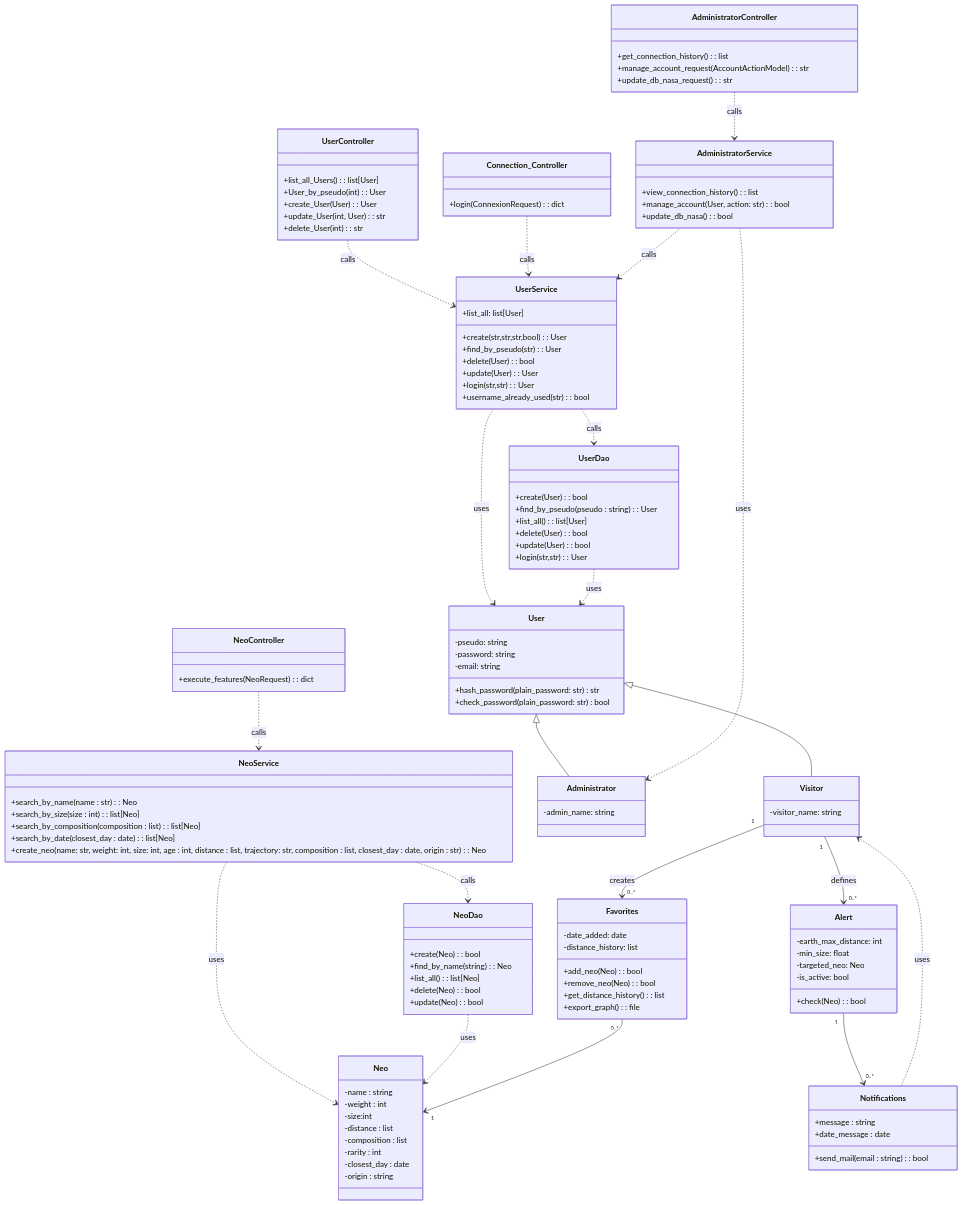
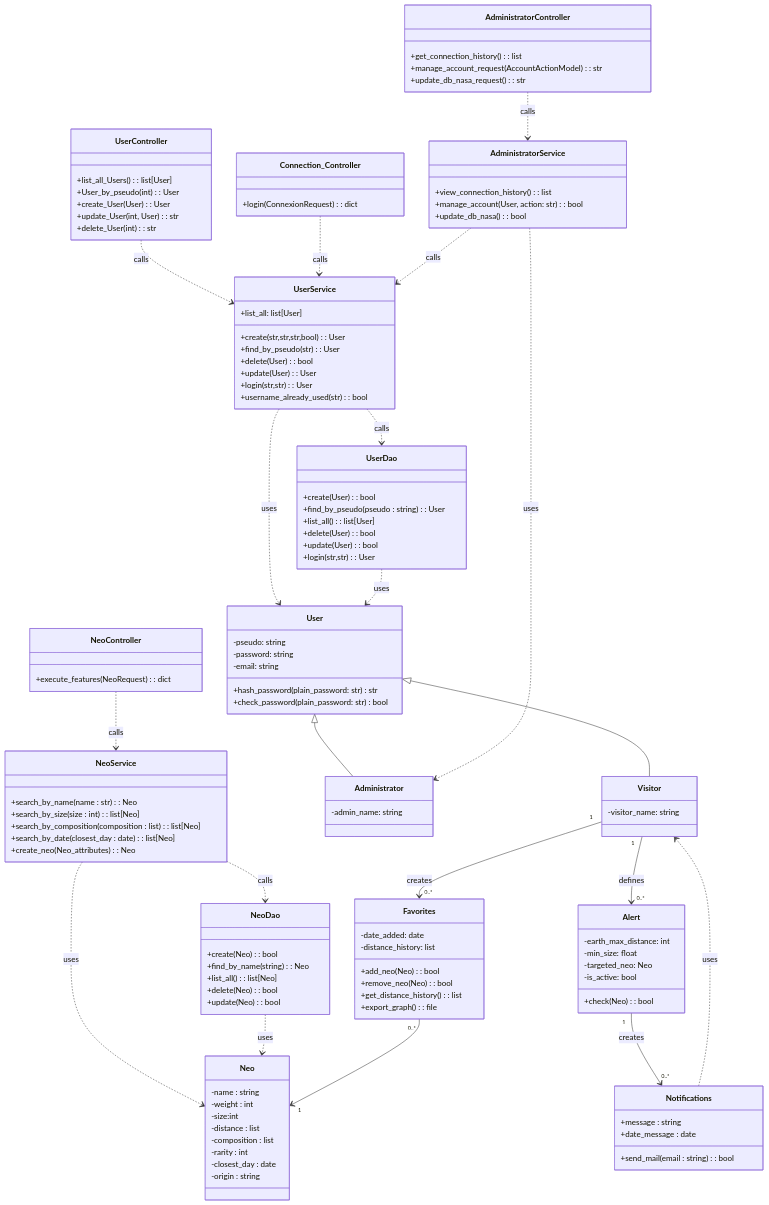
Before and after one commit to tristancabre/Projet-info-2A: the diagram in doc/class_diagram.md, drawn with Mermaid.

Commit message:
minor corrections

````diff
--- a/doc/class_diagram.md
+++ b/doc/class_diagram.md
@@ -89,7 +89,7 @@
         +search_by_size(size : int): list[Neo]
         +search_by_composition (composition : list) : list[Neo]
         +search_by_date (closest_day : date): list[Neo]
-        +create_neo(name: str, weight: int, size: int, age : int, distance : list, trajectory: str, composition : list, closest_day : date, origin : str): Neo
+        +create_neo(Neo_attributes): Neo
     }
     
     class UserController {
@@ -150,5 +150,6 @@
     Favorites "0..*" --> "1" Neo
     Notifications ..> Visitor : uses
     Visitor "1" --> "0..*" Alert : defines
-    Alert "1" --> "0..*" Notifications : 
+    Alert "1" --> "0..*" Notifications : creates
+
 ```
````
